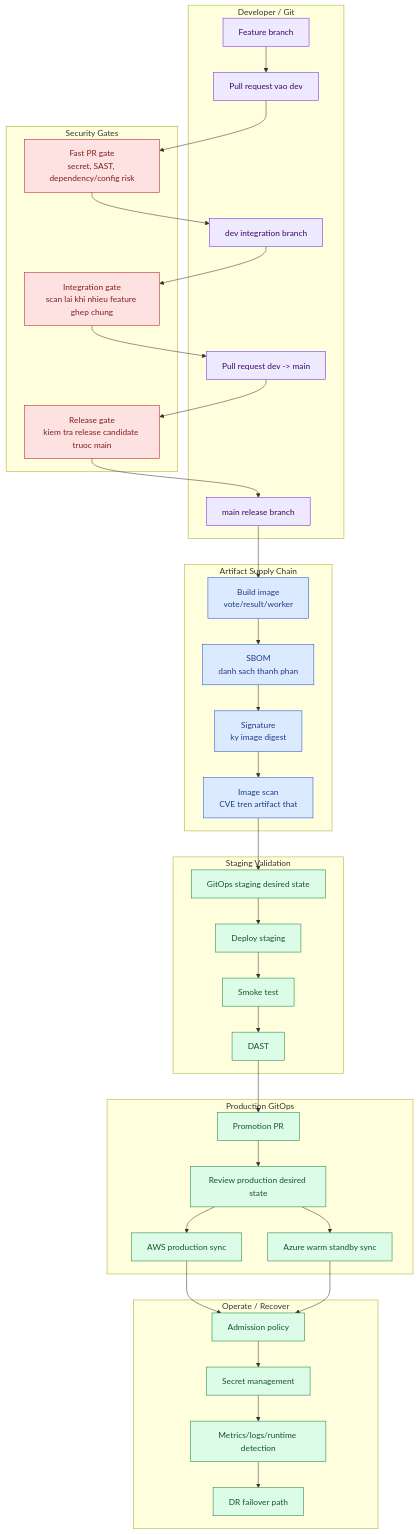
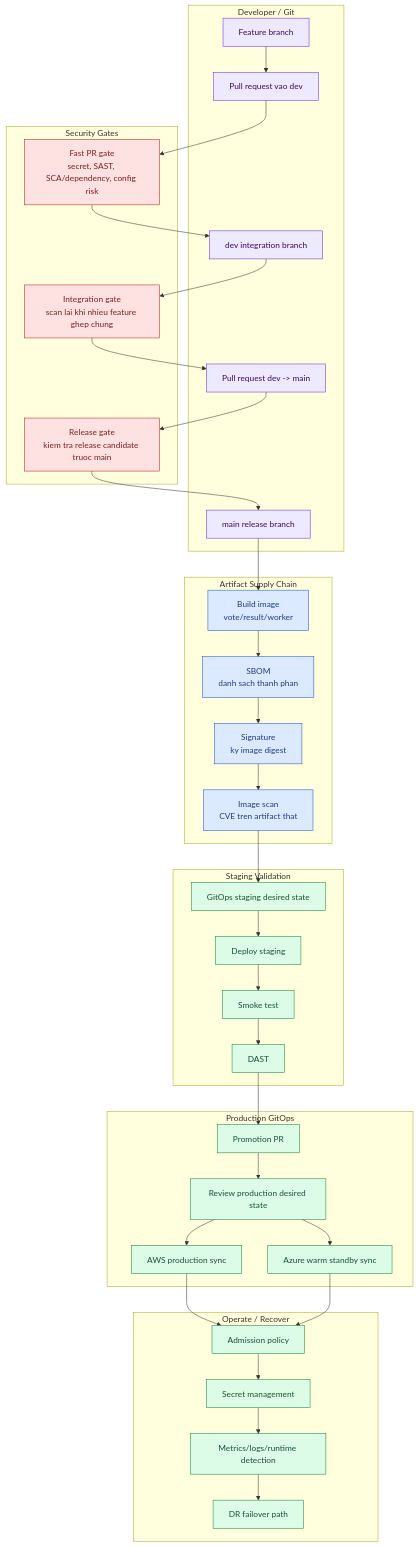
The second of 2 diagrams in docs/devsecops-pipeline-diagram.md (erotonin/devsecops-voting), drawn with Mermaid before and after one commit. The commit also changed other lines of this file and 1 other file, not shown here.

Commit message:
docs: clarify source dependency scanning

````diff
--- a/docs/devsecops-pipeline-diagram.md
+++ b/docs/devsecops-pipeline-diagram.md
@@ -80,66 +82,66 @@
 ```mermaid
 flowchart TB
   subgraph L1["Developer / Git"]
     A1["Feature branch"]
     A2["Pull request vao dev"]
     A3["dev integration branch"]
     A4["Pull request dev -> main"]
     A5["main release branch"]
   end
 
   subgraph L2["Security Gates"]
-    B1["Fast PR gate<br/>secret, SAST, dependency/config risk"]
+    B1["Fast PR gate<br/>secret, SAST, SCA/dependency, config risk"]
     B2["Integration gate<br/>scan lai khi nhieu feature ghep chung"]
     B3["Release gate<br/>kiem tra release candidate truoc main"]
   end
 
   subgraph L3["Artifact Supply Chain"]
     C1["Build image<br/>vote/result/worker"]
     C2["SBOM<br/>danh sach thanh phan"]
     C3["Signature<br/>ky image digest"]
     C4["Image scan<br/>CVE tren artifact that"]
   end
 
   subgraph L4["Staging Validation"]
     D1["GitOps staging desired state"]
     D2["Deploy staging"]
     D3["Smoke test"]
     D4["DAST"]
   end
 
   subgraph L5["Production GitOps"]
     E1["Promotion PR"]
     E2["Review production desired state"]
     E3["AWS production sync"]
     E4["Azure warm standby sync"]
   end
 
   subgraph L6["Operate / Recover"]
     F1["Admission policy"]
     F2["Secret management"]
     F3["Metrics/logs/runtime detection"]
     F4["DR failover path"]
   end
 
   A1 --> A2 --> B1
   B1 --> A3
   A3 --> B2 --> A4 --> B3 --> A5
   A5 --> C1 --> C2 --> C3 --> C4
   C4 --> D1 --> D2 --> D3 --> D4
   D4 --> E1 --> E2
   E2 --> E3
   E2 --> E4
   E3 --> F1 --> F2 --> F3 --> F4
   E4 --> F1
 
   classDef lane fill:#f8fafc,stroke:#64748b,stroke-width:1px,color:#0f172a;
   classDef security fill:#fee2e2,stroke:#b91c1c,color:#7f1d1d;
   classDef artifact fill:#dbeafe,stroke:#1d4ed8,color:#1e3a8a;
   classDef deploy fill:#dcfce7,stroke:#15803d,color:#14532d;
   classDef git fill:#ede9fe,stroke:#6d28d9,color:#3b0764;
 
   class A1,A2,A3,A4,A5 git;
   class B1,B2,B3 security;
   class C1,C2,C3,C4 artifact;
   class D1,D2,D3,D4,E1,E2,E3,E4,F1,F2,F3,F4 deploy;
 ```
````
